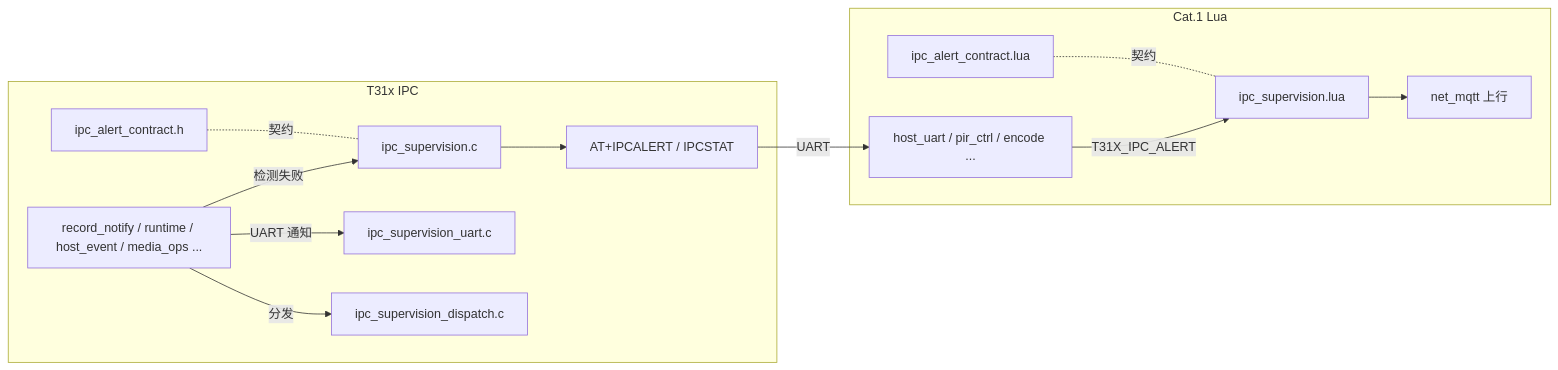
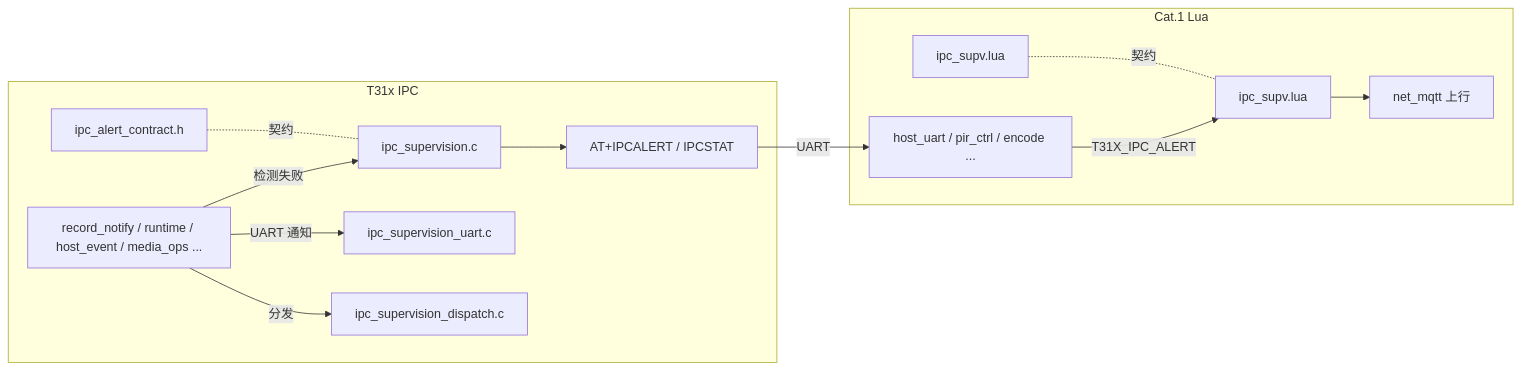
One commit to dzr1986/AIR780EHM changed the diagram in doc/T31X_IPC_SUPERVISION_MODULE.md. Above: the diagram before and after it, drawn with Mermaid. The commit also changed other lines of this file and 27 other files, not shown here.

````diff
--- a/doc/T31X_IPC_SUPERVISION_MODULE.md
+++ b/doc/T31X_IPC_SUPERVISION_MODULE.md
@@ -21,25 +21,25 @@
 ```mermaid
 flowchart LR
   subgraph IPC["T31x IPC"]
     B1[record_notify / runtime / host_event / media_ops ...]
     S1[ipc_supervision.c]
     S2[ipc_supervision_uart.c]
     S3[ipc_supervision_dispatch.c]
     C1[ipc_alert_contract.h]
     B1 -->|检测失败| S1
     B1 -->|UART 通知| S2
     B1 -->|分发| S3
     S1 --> AT[AT+IPCALERT / IPCSTAT]
     C1 -.契约.- S1
   end
   subgraph CAT1["Cat.1 Lua"]
     B2[host_uart / pir_ctrl / encode ...]
-    L1[ipc_supervision.lua]
-    C2[ipc_alert_contract.lua]
+    L1[ipc_supv.lua]
+    C2[ipc_supv.lua]
     MQTT[net_mqtt 上行]
     B2 -->|T31X_IPC_ALERT| L1
     L1 --> MQTT
     C2 -.契约.- L1
   end
   AT -->|UART| B2
 ```
````
